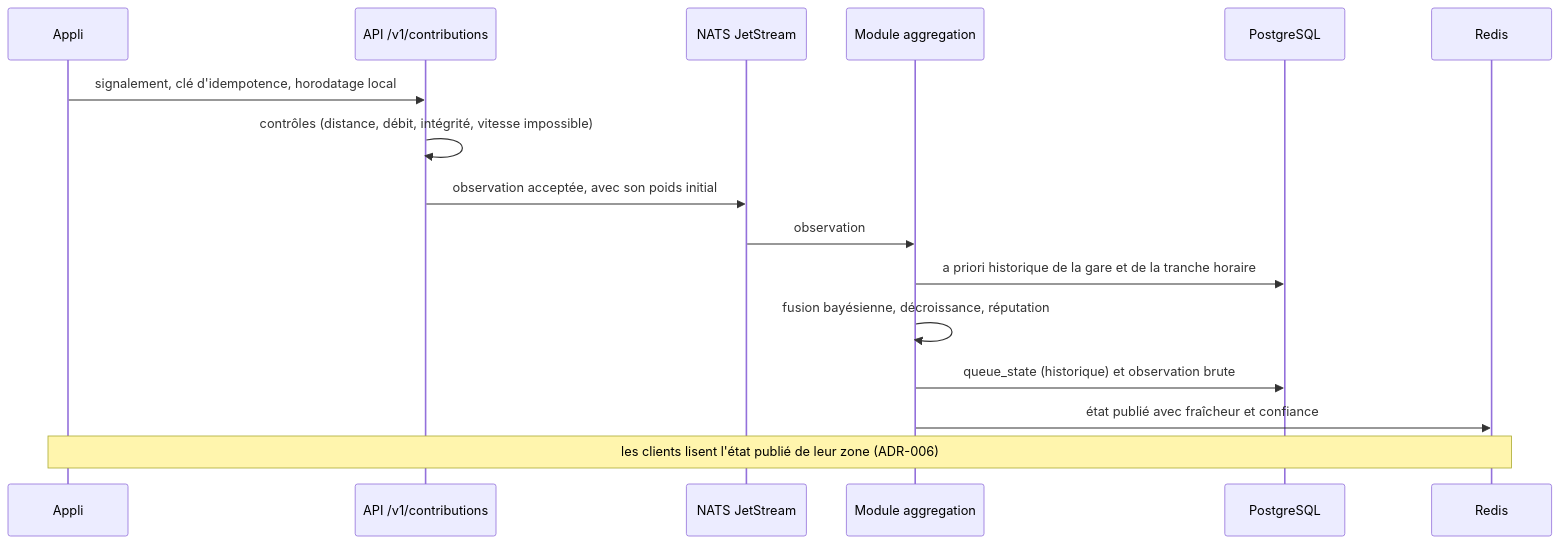
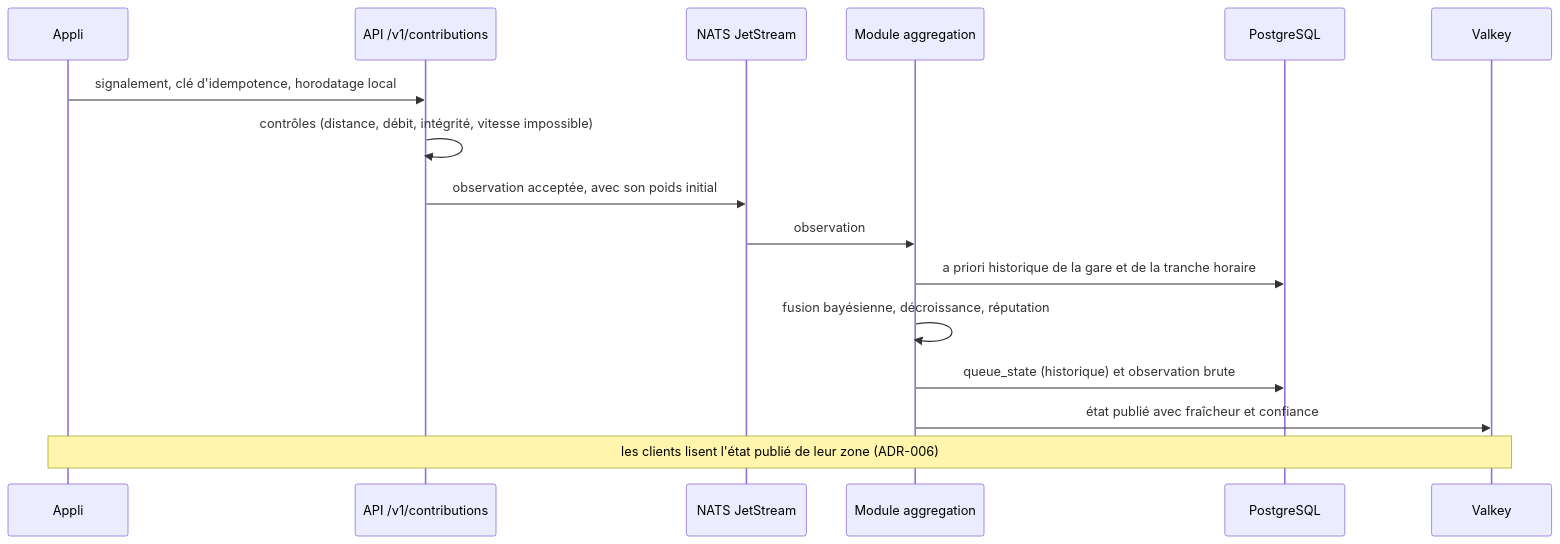
The fourth of 4 diagrams in docs/ARCHITECTURE.md (jaggerTheStone/nemesis), drawn with Mermaid before and after one commit. The commit also changed other lines of this file and 33 other files, not shown here.

````diff
--- a/docs/ARCHITECTURE.md
+++ b/docs/ARCHITECTURE.md
@@ -136,18 +136,18 @@
 ```mermaid
 sequenceDiagram
     participant A as Appli
     participant API as API /v1/contributions
     participant N as NATS JetStream
     participant Ag as Module aggregation
     participant DB as PostgreSQL
-    participant Re as Redis
+    participant Re as Valkey
     A->>API: signalement, clé d'idempotence, horodatage local
     API->>API: contrôles (distance, débit, intégrité, vitesse impossible)
     API->>N: observation acceptée, avec son poids initial
     N->>Ag: observation
     Ag->>DB: a priori historique de la gare et de la tranche horaire
     Ag->>Ag: fusion bayésienne, décroissance, réputation
     Ag->>DB: queue_state (historique) et observation brute
     Ag->>Re: état publié avec fraîcheur et confiance
     Note over A,Re: les clients lisent l'état publié de leur zone (ADR-006)
 ```
````
